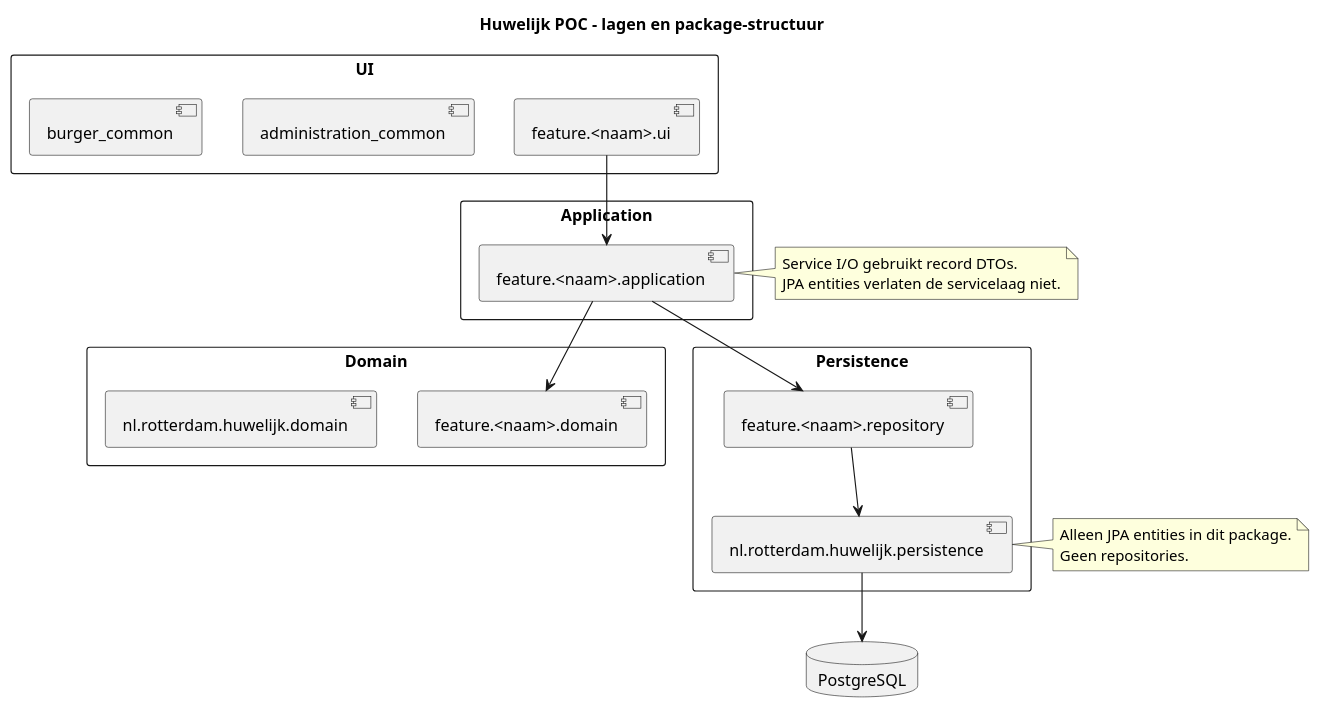
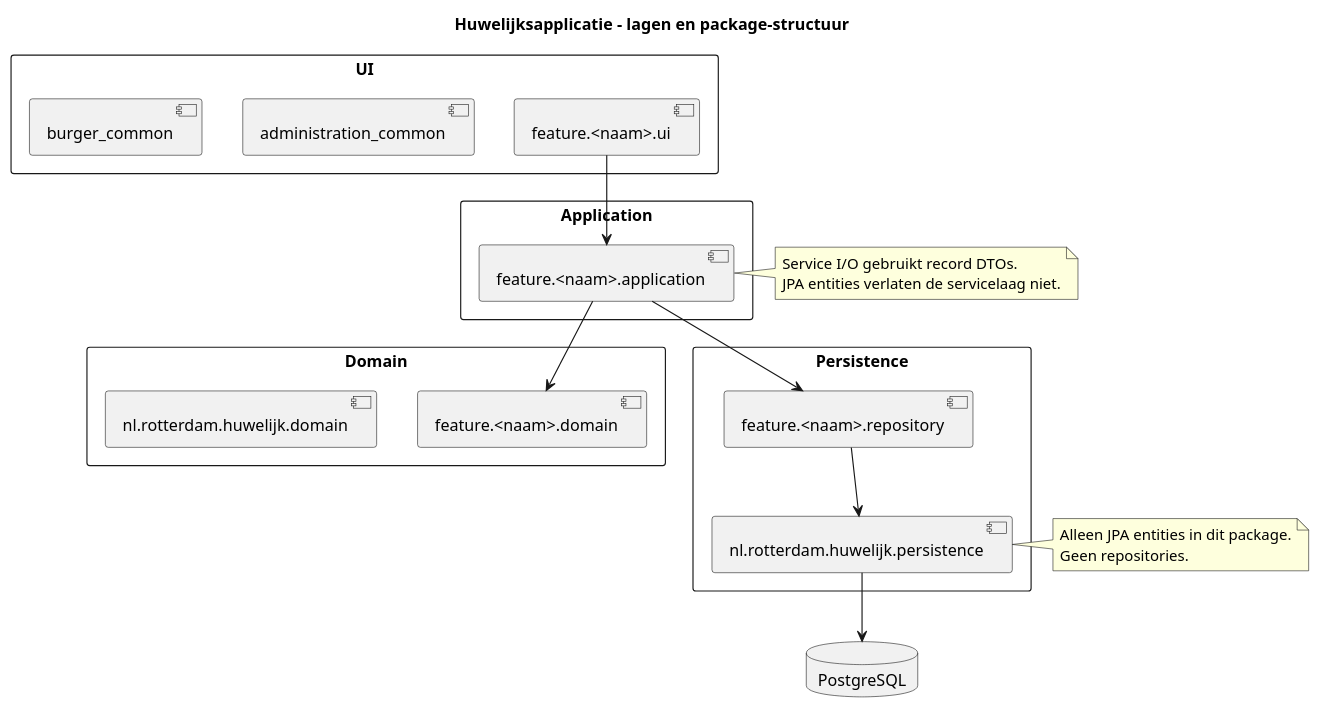
One commit to Municipality-of-Rotterdam/verbonden changed the diagram in docs/architectuur-lagen.puml. Above: the diagram before and after it, drawn with PlantUML. The commit also changed 2 other files, not shown here.

Commit message:
#56 verwijder verwijzingen naar POC

```diff
--- a/docs/architectuur-lagen.puml
+++ b/docs/architectuur-lagen.puml
@@ -1,45 +1,45 @@
 @startuml
 skinparam packageStyle rectangle
 skinparam shadowing false
 
-title Huwelijk POC - lagen en package-structuur
+title Huwelijksapplicatie - lagen en package-structuur
 
 package "UI" {
   [feature.<naam>.ui]
   [administration_common]
   [burger_common]
 }
 
 package "Application" {
   [feature.<naam>.application]
 }
 
 package "Domain" {
   [feature.<naam>.domain]
   [nl.rotterdam.huwelijk.domain]
 }
 
 package "Persistence" {
   [feature.<naam>.repository]
   [nl.rotterdam.huwelijk.persistence]
 }
 
 database "PostgreSQL" as Db
 
 [feature.<naam>.ui] --> [feature.<naam>.application]
 [feature.<naam>.application] --> [feature.<naam>.domain]
 [feature.<naam>.application] --> [feature.<naam>.repository]
 [feature.<naam>.repository] --> [nl.rotterdam.huwelijk.persistence]
 [nl.rotterdam.huwelijk.persistence] --> Db
 
 note right of [nl.rotterdam.huwelijk.persistence]
 Alleen JPA entities in dit package.
 Geen repositories.
 end note
 
 note left of [feature.<naam>.application]
 Service I/O gebruikt record DTOs.
 JPA entities verlaten de servicelaag niet.
 end note
 
 @enduml
```
